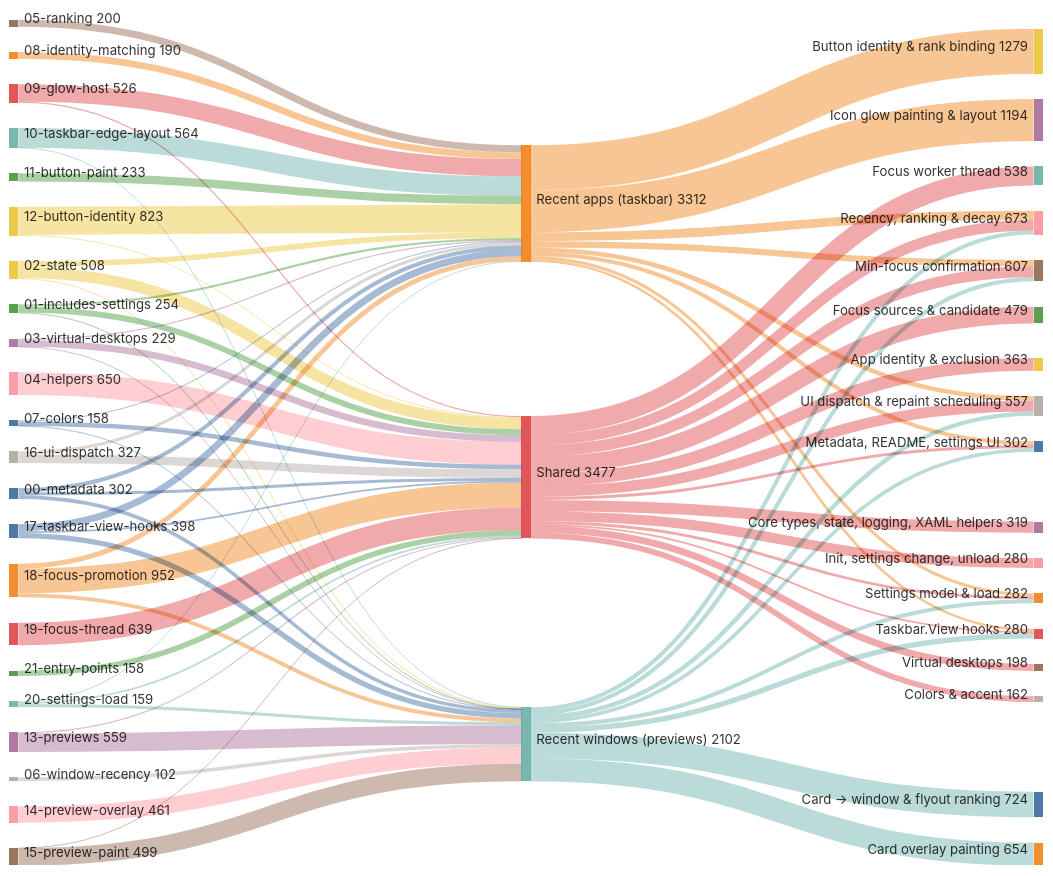
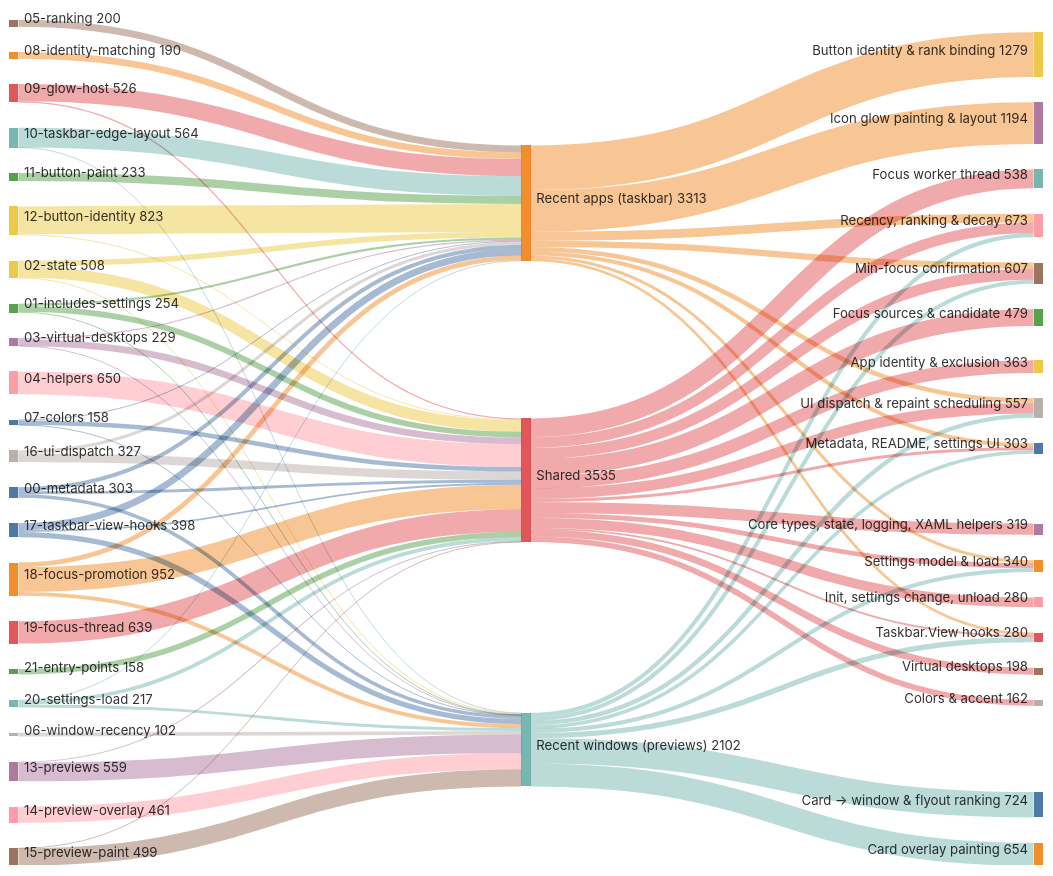
The second of 5 diagrams in doc/code/code-breakdown.md (jvlasek/taskbar-recent-focus-highlight), drawn with Mermaid before and after one commit. The commit also changed other lines of this file and 10 other files, not shown here.

First line of the commit message:
Settings: app ranking moved into Taskbar icons, transition for 0.11 values

```diff
--- a/doc/code/code-breakdown.md
+++ b/doc/code/code-breakdown.md
@@ -37,7 +37,7 @@
     height: 900
 ---
 sankey-beta
-00-metadata,"Recent apps (taskbar)",115
+00-metadata,"Recent apps (taskbar)",116
 00-metadata,"Shared",85
 00-metadata,"Recent windows (previews)",102
 01-includes-settings,"Recent apps (taskbar)",61
@@ -78,7 +78,7 @@
 18-focus-promotion,"Recent windows (previews)",110
 19-focus-thread,"Shared",639
 20-settings-load,"Recent apps (taskbar)",26
-20-settings-load,"Shared",49
+20-settings-load,"Shared",107
 20-settings-load,"Recent windows (previews)",84
 21-entry-points,"Shared",158
 "Recent apps (taskbar)","Button identity & rank binding",1279
@@ -86,7 +86,7 @@
 "Recent apps (taskbar)","Recency, ranking & decay",251
 "Recent apps (taskbar)","Min-focus confirmation",178
 "Recent apps (taskbar)","UI dispatch & repaint scheduling",131
-"Recent apps (taskbar)","Metadata, README, settings UI",115
+"Recent apps (taskbar)","Metadata, README, settings UI",116
 "Recent apps (taskbar)","Settings model & load",87
 "Recent apps (taskbar)","Taskbar.View hooks",77
 "Shared","Focus worker thread",538
@@ -99,8 +99,8 @@
 "Shared","Init, settings change, unload",280
 "Shared","Virtual desktops",198
 "Shared","Colors & accent",162
+"Shared","Settings model & load",137
 "Shared","Metadata, README, settings UI",85
-"Shared","Settings model & load",79
 "Shared","Taskbar.View hooks",52
 "Recent windows (previews)","Card -> window & flyout ranking",724
 "Recent windows (previews)","Card overlay painting",654
```
